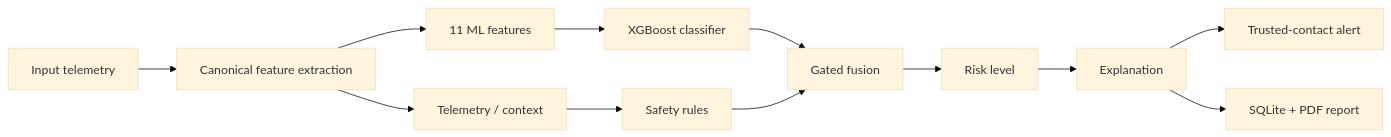
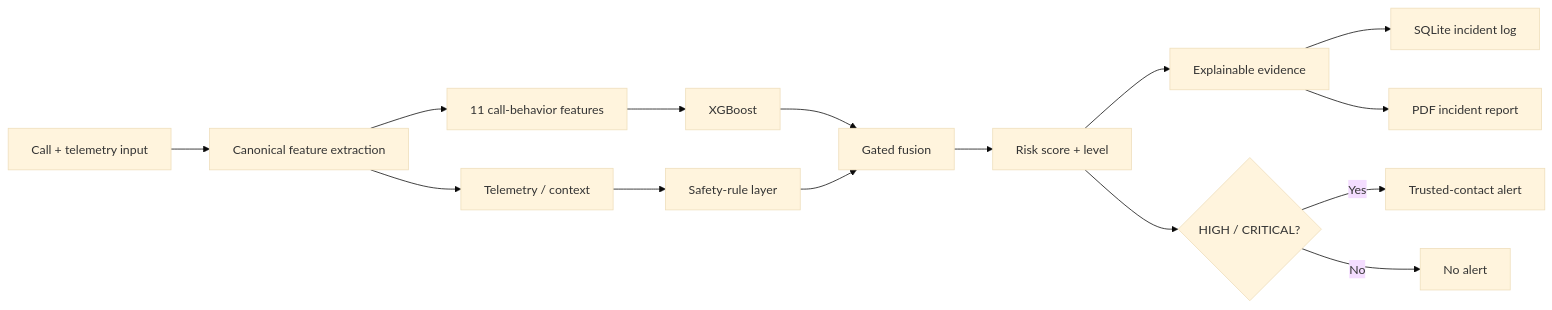
One commit to thanushreea1306/lumina changed the diagram in README.md. Above: the diagram before and after it, drawn with Mermaid (base theme). The commit also changed other lines of this file, not shown here.

Commit message:
docs: improve README architecture and demo flow

````diff
--- a/README.md
+++ b/README.md
@@ -32,14 +34,17 @@
 ```mermaid
 flowchart LR
-    A[Input telemetry] --> B[Canonical feature extraction]
-    B --> C1[11 ML features]
+    A[Call + telemetry input] --> B[Canonical feature extraction]
+    B --> C1[11 call-behavior features]
     B --> C2[Telemetry / context]
-    C1 --> D[XGBoost classifier]
-    C2 --> E[Safety rules]
+    C1 --> D[XGBoost]
+    C2 --> E[Safety-rule layer]
     D --> F[Gated fusion]
     E --> F
-    F --> G[Risk level]
-    G --> H[Explanation]
-    H --> I[Trusted-contact alert]
-    H --> J[SQLite + PDF report]
+    F --> G[Risk score + level]
+    G --> H[Explainable evidence]
+    G --> I{HIGH / CRITICAL?}
+    I -->|Yes| J[Trusted-contact alert]
+    I -->|No| K[No alert]
+    H --> L[SQLite incident log]
+    H --> M[PDF incident report]
 ```
````
